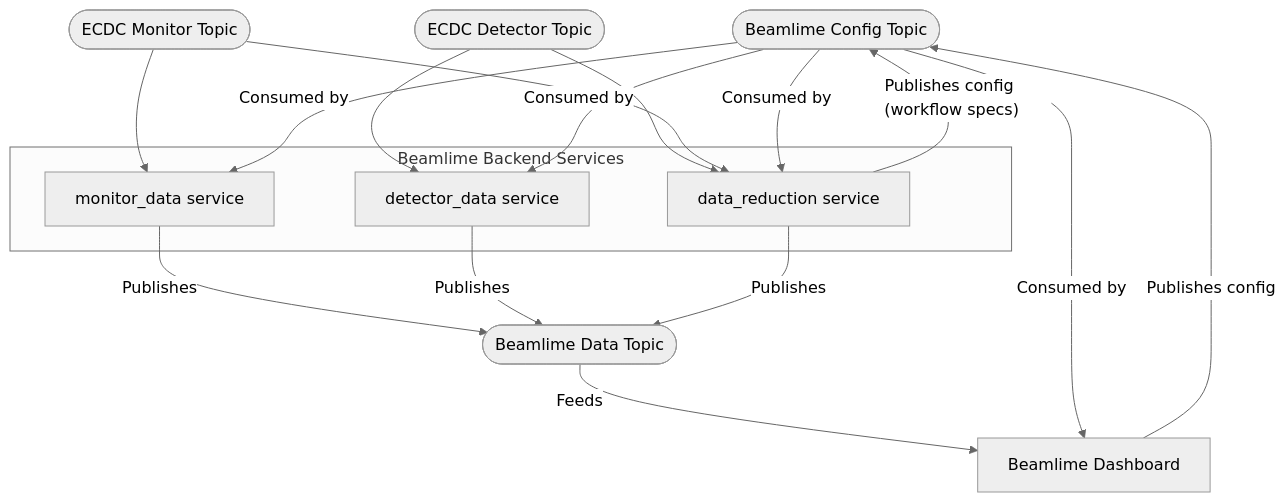
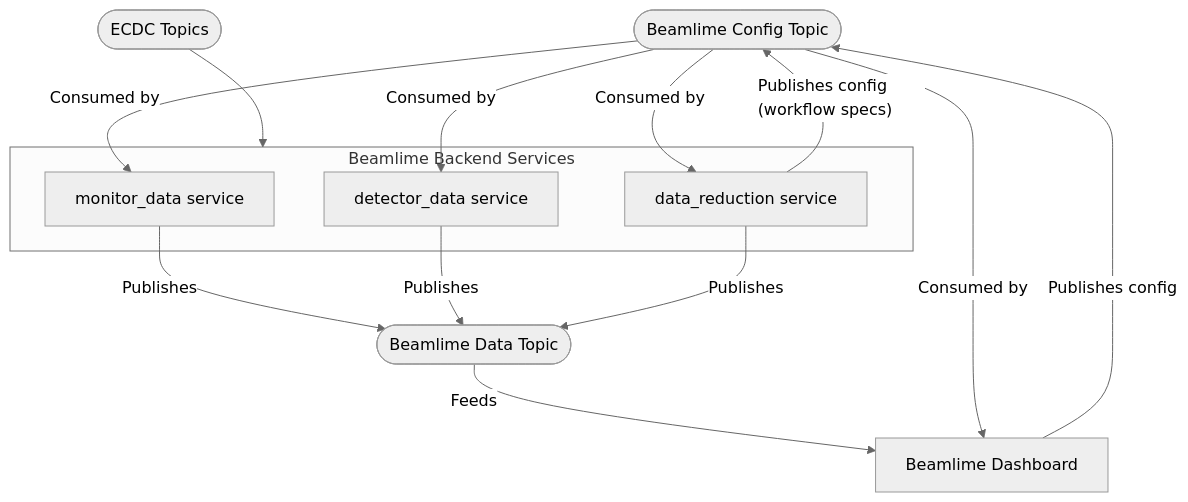
One commit to scipp/beamlime changed the first of 8 diagrams in docs/developer/design/dashboard-architecture.md. Above: the diagram before and after it, drawn with Mermaid (neutral theme).

Commit message:
Improve graph readability

````diff
--- a/docs/developer/design/dashboard-architecture.md
+++ b/docs/developer/design/dashboard-architecture.md
@@ -26,37 +26,33 @@
 ```mermaid
 flowchart TD
     ConfigTopic(["Beamlime Config Topic"])
     DataTopic(["Beamlime Data Topic"])
-    DetectorTopic(["ECDC Detector Topic"])
-    MonitorTopic(["ECDC Monitor Topic"])
+    ECDCTopic(["ECDC Topics"])
 
-    subgraph "Beamlime Backend Services"
+    subgraph BackendServices["Beamlime Backend Services"]
         MonitorData["monitor_data service"]
         DetectorData["detector_data service"]
         DataReduction["data_reduction service"]
     end
 
     DashboardApp["Beamlime Dashboard"]
 
     %% Raw data from ECDC topics
-    DetectorTopic --> DetectorData
-    MonitorTopic --> MonitorData
-    DetectorTopic --> DataReduction
-    MonitorTopic --> DataReduction
+    ECDCTopic --> BackendServices
 
     %% Data publishing
     MonitorData -- Publishes --> DataTopic
     DetectorData -- Publishes --> DataTopic
     DataReduction -- Publishes --> DataTopic
 
     %% Data consumption by dashboard
     DataTopic -- Feeds --> DashboardApp
 
     %% Config flows
     ConfigTopic -- Consumed by --> MonitorData
     ConfigTopic -- Consumed by --> DetectorData
     ConfigTopic -- Consumed by --> DataReduction
     ConfigTopic -- Consumed by --> DashboardApp
     DashboardApp -- Publishes config --> ConfigTopic
     DataReduction -- Publishes config (workflow specs) --> ConfigTopic
 ```
````
